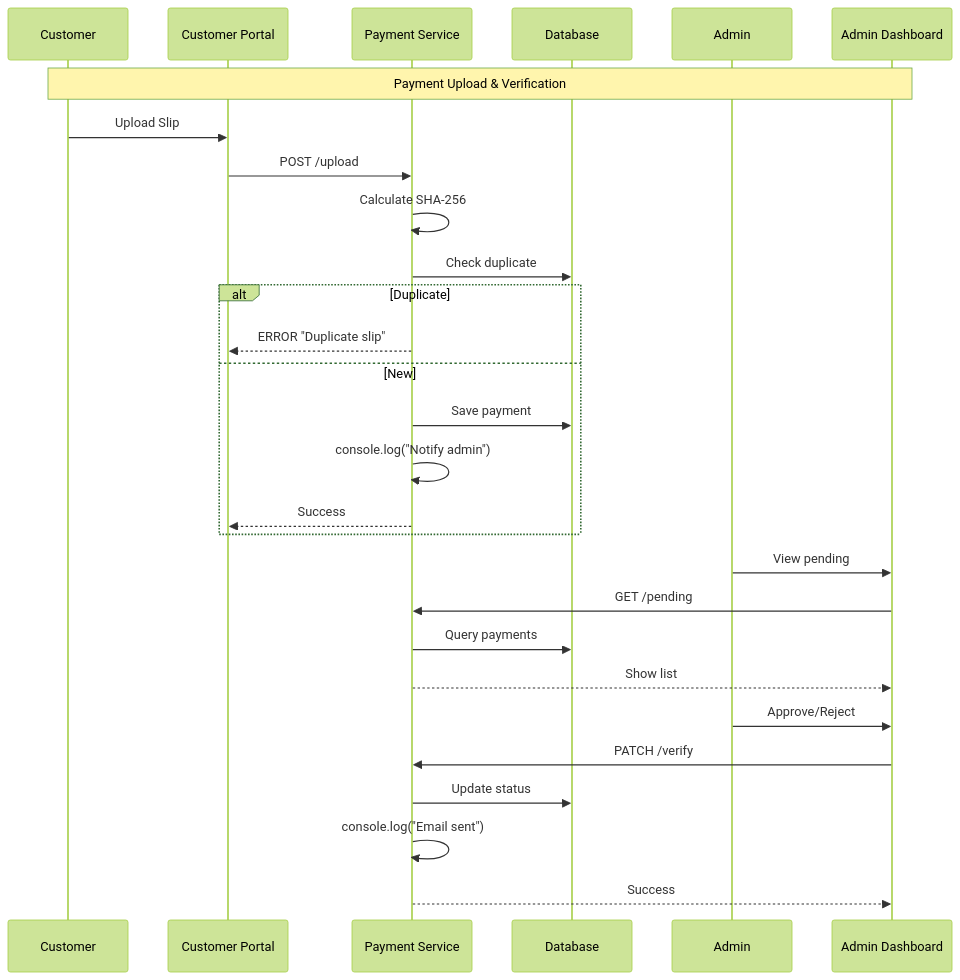
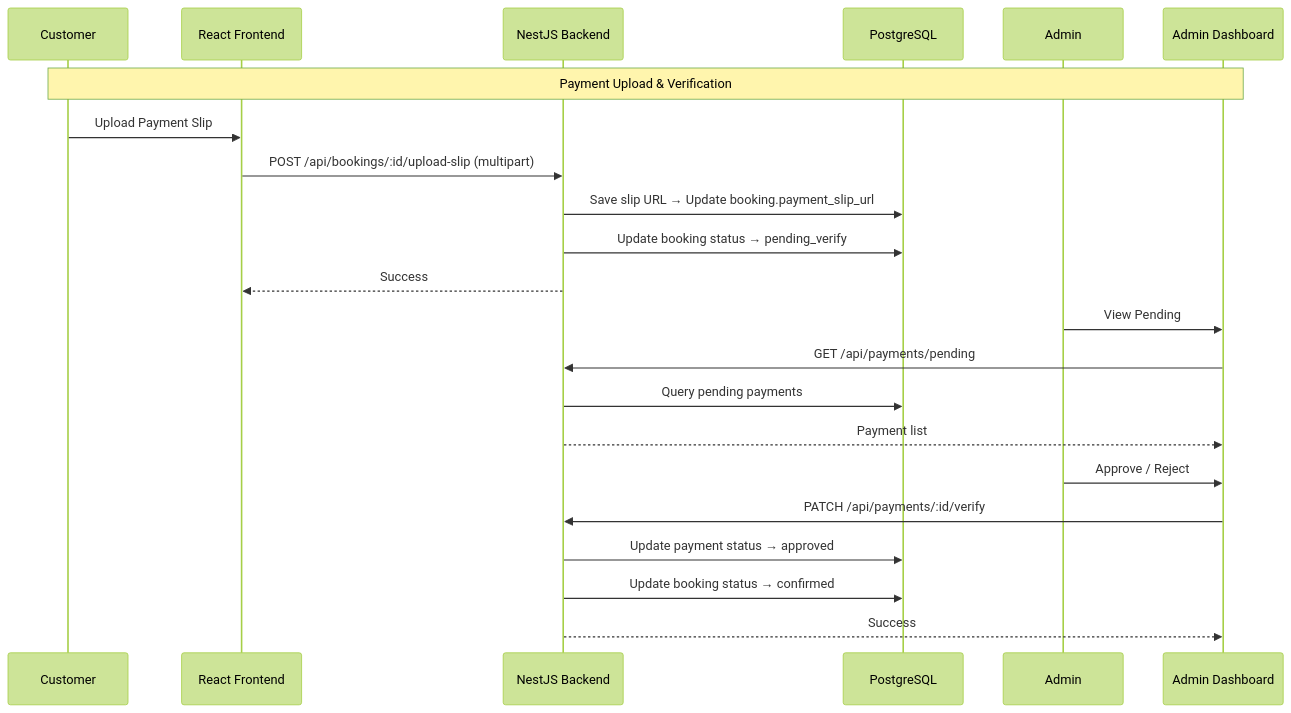
Before and after one commit to psu6810110135/final_porj: the fourth of 4 diagrams in system_based/System_Component_FIXED.md, drawn with Mermaid (forest theme). The commit also changed other lines of this file and 6 other files, not shown here.

````diff
--- a/system_based/System_Component_FIXED.md
+++ b/system_based/System_Component_FIXED.md
@@ -234,37 +368,30 @@
 ```mermaid
 sequenceDiagram
     participant Customer
-    participant UI as Customer Portal
-    participant API as Payment Service
-    participant DB as Database
+    participant UI as React Frontend
+    participant API as NestJS Backend
+    participant DB as PostgreSQL
     participant Admin
     participant Dashboard as Admin Dashboard
 
     Note over Customer, Dashboard: Payment Upload & Verification
 
-    Customer->>UI: Upload Slip
-    UI->>API: POST /upload
+    Customer->>UI: Upload Payment Slip
+    UI->>API: POST /api/bookings/:id/upload-slip (multipart)
 
-    API->>API: Calculate SHA-256
-    API->>DB: Check duplicate
+    API->>DB: Save slip URL → Update booking.payment_slip_url
+    API->>DB: Update booking status → pending_verify
+    API-->>UI: Success
 
-    alt Duplicate
-        API-->>UI: ERROR "Duplicate slip"
-    else New
-        API->>DB: Save payment
-        API->>API: console.log("Notify admin")
-        API-->>UI: Success
-    end
+    Admin->>Dashboard: View Pending
+    Dashboard->>API: GET /api/payments/pending
+    API->>DB: Query pending payments
+    API-->>Dashboard: Payment list
 
-    Admin->>Dashboard: View pending
-    Dashboard->>API: GET /pending
-    API->>DB: Query payments
-    API-->>Dashboard: Show list
+    Admin->>Dashboard: Approve / Reject
+    Dashboard->>API: PATCH /api/payments/:id/verify
 
-    Admin->>Dashboard: Approve/Reject
-    Dashboard->>API: PATCH /verify
-
-    API->>DB: Update status
-    API->>API: console.log("Email sent")
+    API->>DB: Update payment status → approved
+    API->>DB: Update booking status → confirmed
     API-->>Dashboard: Success
 ```
````
